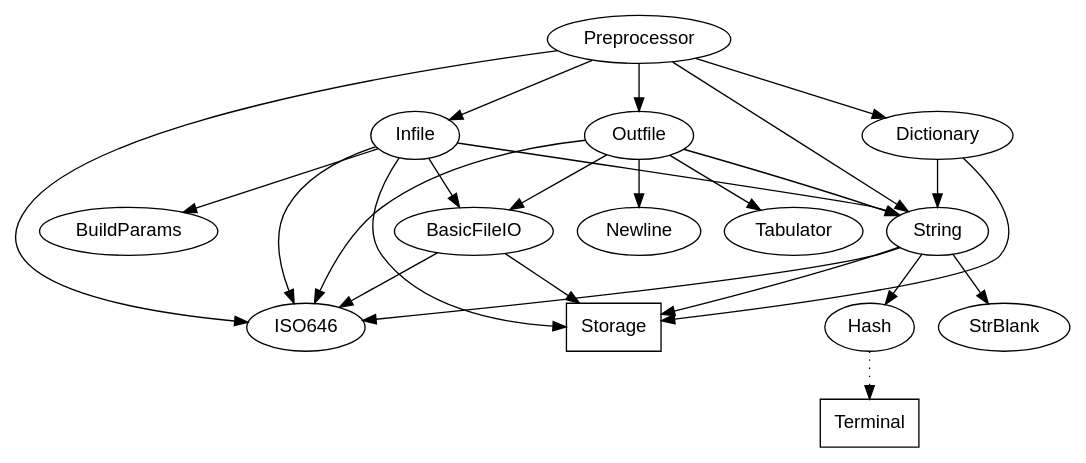
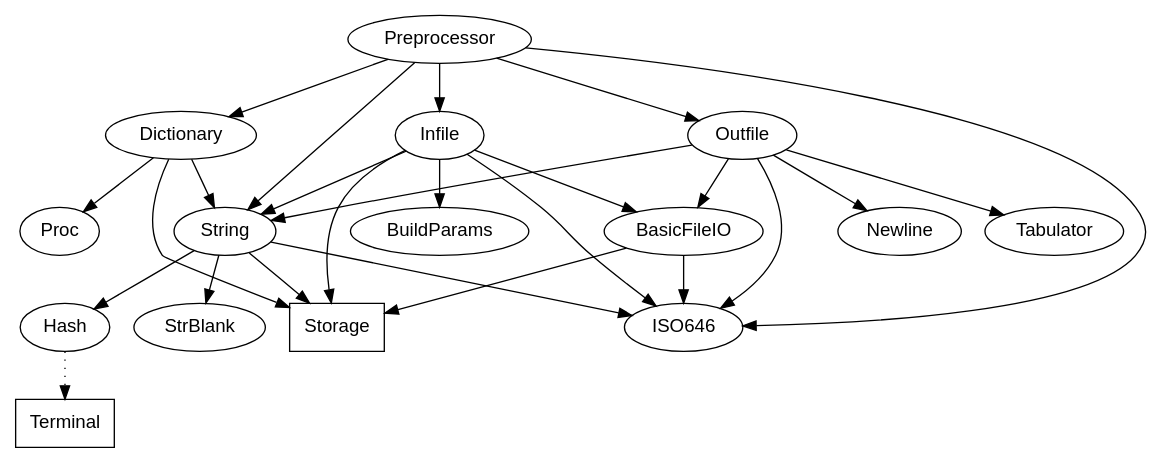
The diagram in Preprocessor.dep.dot (m2sf/M2PP-Module-Dependency-Graphs), drawn with Graphviz before and after one commit. The commit also changed 3 other files, not shown here.

```diff
--- a/Preprocessor.dep.dot
+++ b/Preprocessor.dep.dot
@@ -1,48 +1,50 @@
 digraph PreprocessorDep {
   node [fontname=helvetica];
   
   Preprocessor -> {
     Dictionary Infile ISO646 Outfile String
   };
   
   Dictionary -> {
-    Storage String
+    Proc Storage String
   };
+  
+  Proc; /* no dependencies */
   
   Storage [shape=box]; /* stdlib */
     
   String -> {
     Hash ISO646 Storage StrBlank
   };
   
   edge [style=dotted];
   Hash -> {
     Terminal
   };
   edge [style=none];
   
   Terminal [shape=box]; /* stdlib */
   
   ISO646; /* no dependencies */
   
   StrBlank; /* no dependencies */  
   
   Infile -> {
     BasicFileIO BuildParams ISO646 Storage String
   };
   
   BasicFileIO -> {
     ISO646 Storage
   };
     
   BuildParams; /* no dependencies */
   
   Outfile -> {
     BasicFileIO ISO646 Newline String Tabulator
   };
     
   Newline; /* no dependencies */  
     
   Tabulator; /* no dependencies */  
   
 } /* PreprocessorDep */
```
